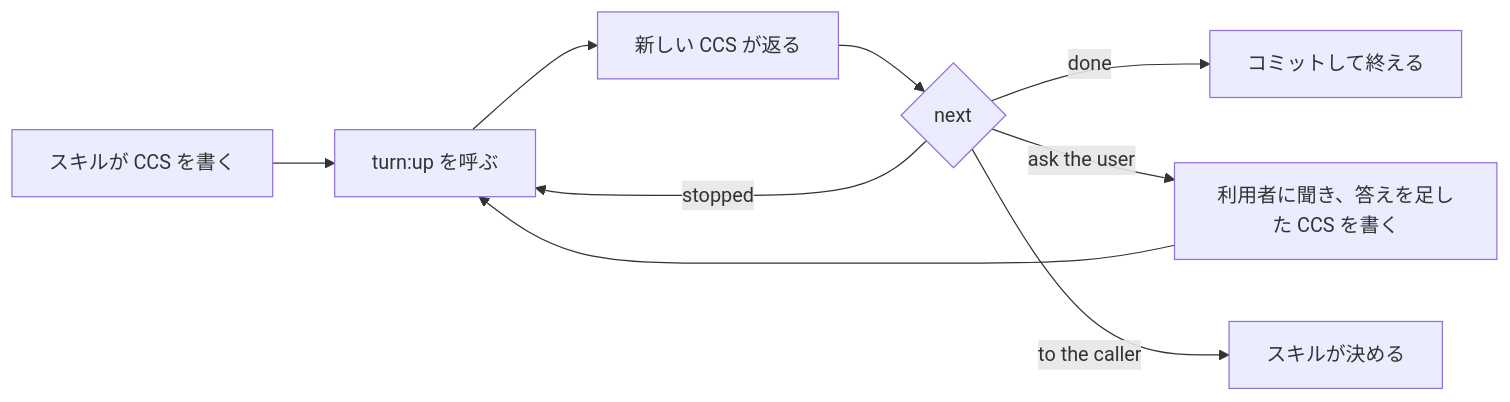
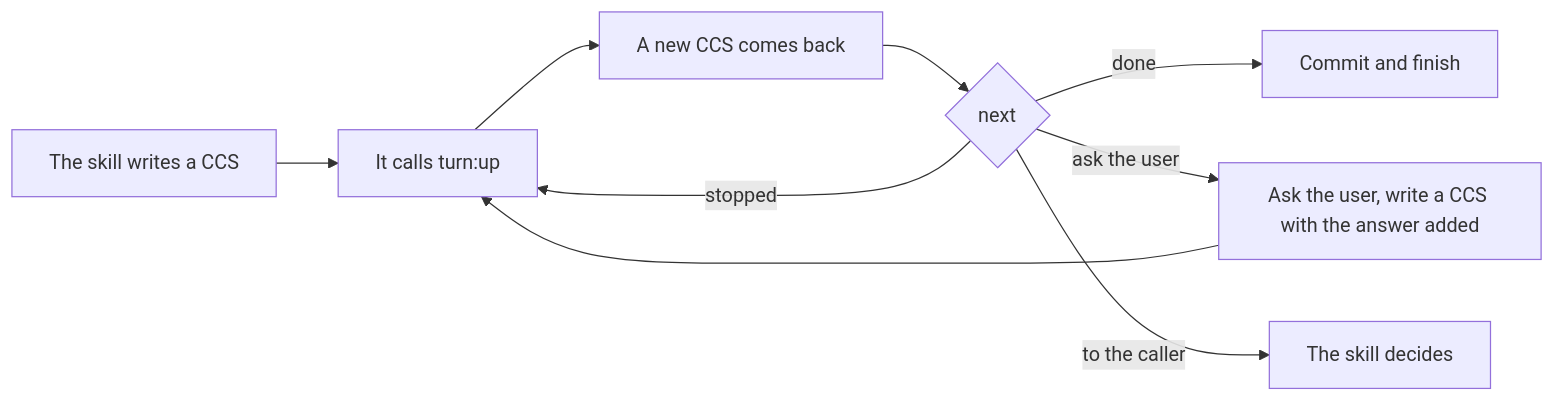
The first of 2 diagrams in turn/README.md (lovaizu/ccpm), drawn with Mermaid before and after one commit. The commit also changed other lines of this file and 4 other files, not shown here.

````diff
--- a/turn/README.md
+++ b/turn/README.md
@@ -55,10 +55,10 @@
 ```mermaid
 flowchart LR
-  W[スキルが CCS を書く] --> T[turn:up を呼ぶ]
-  T --> R[新しい CCS が返る]
+  W[The skill writes a CCS] --> T[It calls turn:up]
+  T --> R[A new CCS comes back]
   R --> N{next}
-  N -->|done| D[コミットして終える]
-  N -->|ask the user| A[利用者に聞き、答えを足した CCS を書く] --> T
-  N -->|to the caller| P[スキルが決める]
+  N -->|done| D[Commit and finish]
+  N -->|ask the user| A[Ask the user, write a CCS with the answer added] --> T
+  N -->|to the caller| P[The skill decides]
   N -->|stopped| T
 ```
````
